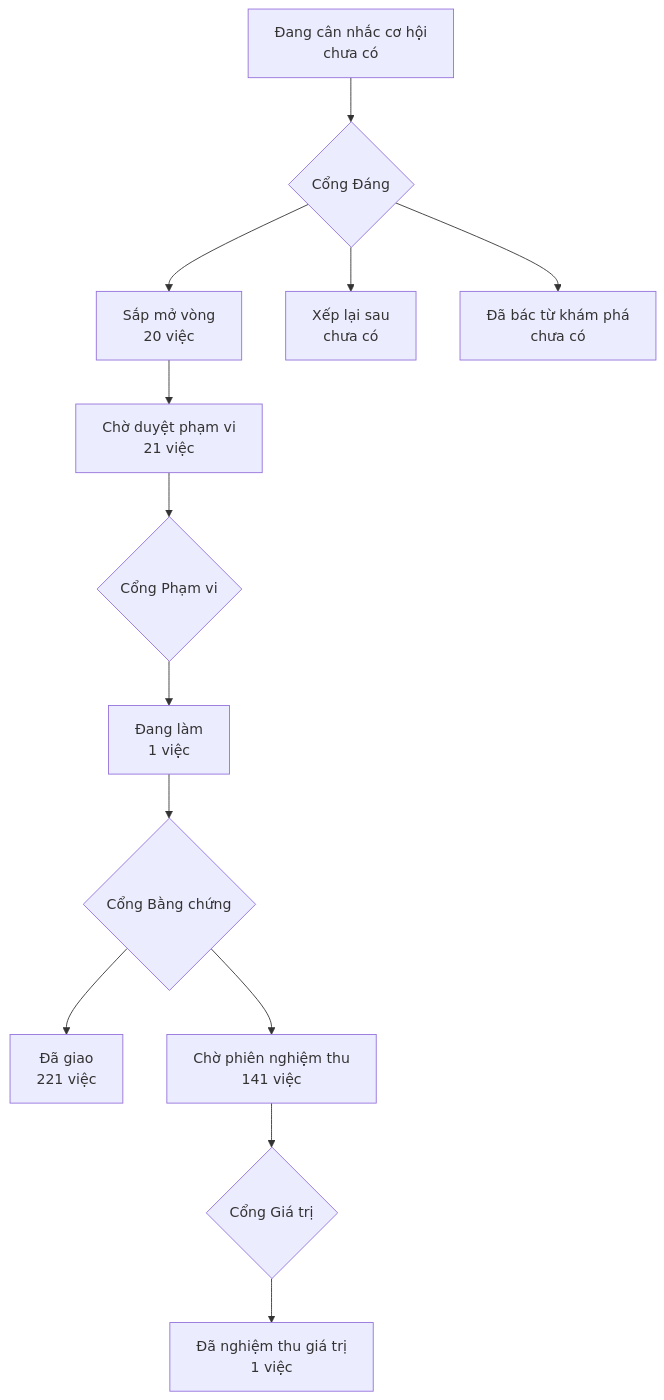
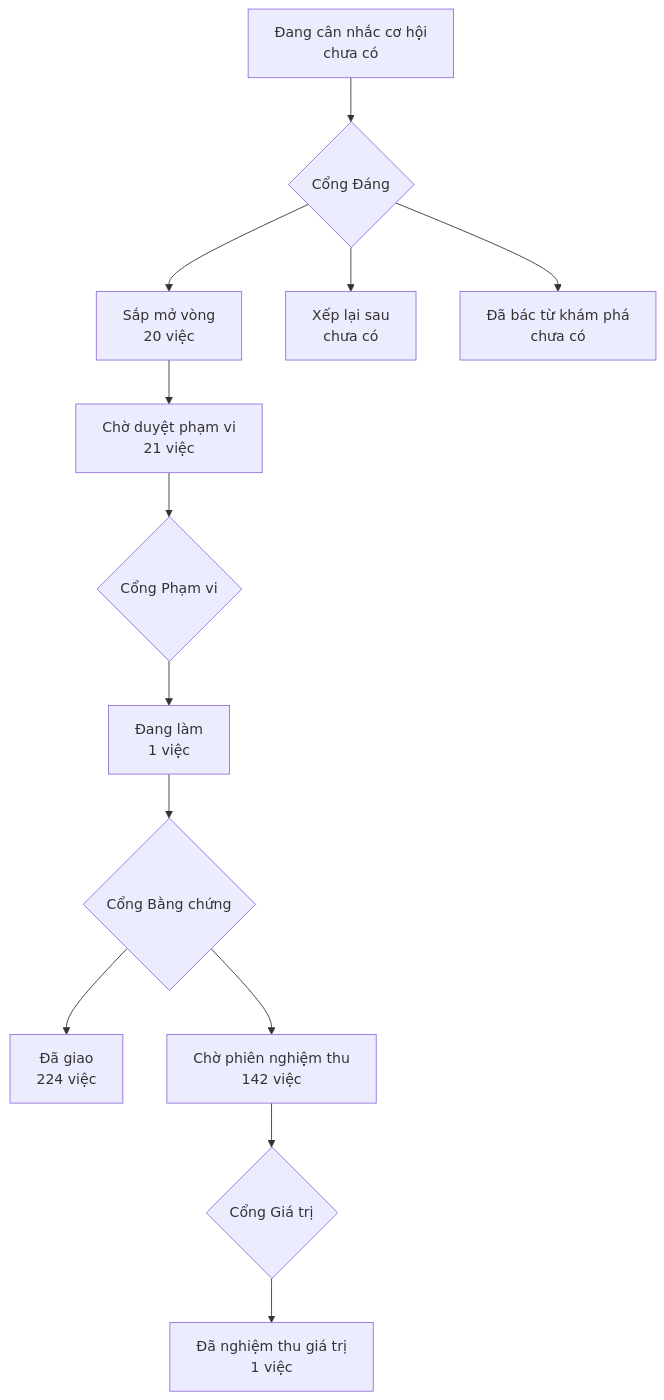
One commit to phanlemanh/onehub-invest changed the diagram in PRODUCT-MAP.md. Above: the diagram before and after it, drawn with Mermaid. The commit also changed other lines of this file and 1 other file, not shown here.

Commit message:
chore: sinh lại PRODUCT-MAP, LO-TRINH sau gộp main

````diff
--- a/PRODUCT-MAP.md
+++ b/PRODUCT-MAP.md
@@ -7,12 +7,12 @@
 ```mermaid
 flowchart TD
   A["Đang cân nhắc cơ hội<br/>chưa có"] --> GD{"Cổng Đáng"}
   GD --> B["Sắp mở vòng<br/>20 việc"]
   GD --> XL["Xếp lại sau<br/>chưa có"]
   GD --> DB["Đã bác từ khám phá<br/>chưa có"]
   B --> CD["Chờ duyệt phạm vi<br/>21 việc"] --> GP{"Cổng Phạm vi"}
   GP --> DL["Đang làm<br/>1 việc"] --> GB{"Cổng Bằng chứng"}
-  GB --> DG["Đã giao<br/>221 việc"]
-  GB --> CN["Chờ phiên nghiệm thu<br/>141 việc"] --> GG{"Cổng Giá trị"}
+  GB --> DG["Đã giao<br/>224 việc"]
+  GB --> CN["Chờ phiên nghiệm thu<br/>142 việc"] --> GG{"Cổng Giá trị"}
   GG --> NT["Đã nghiệm thu giá trị<br/>1 việc"]
 ```
````
